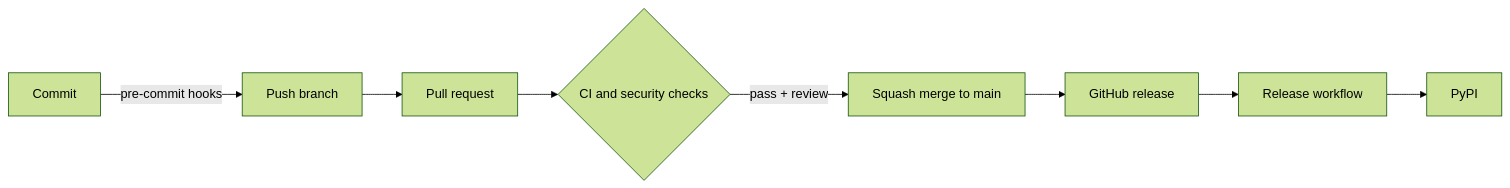
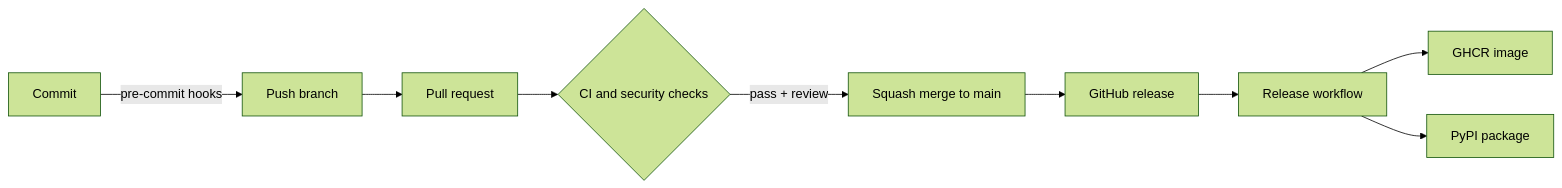
The first of 2 diagrams in docs/architecture.md (coldsofttech/python-django-public-repo-template), drawn with Mermaid (forest theme) before and after one commit. The commit also changed other lines of this file and 92 other files, not shown here.

````diff
--- a/docs/architecture.md
+++ b/docs/architecture.md
@@ -9,10 +9,11 @@
 ```mermaid
 flowchart LR
     A[Commit] -->|pre-commit hooks| B[Push branch]
     B --> C[Pull request]
     C --> D{CI and security checks}
     D -->|pass + review| E[Squash merge to main]
     E --> F[GitHub release]
     F --> G[Release workflow]
-    G --> H[PyPI]
+    G --> H[GHCR image]
+    G --> I[PyPI package]
 ```
````
